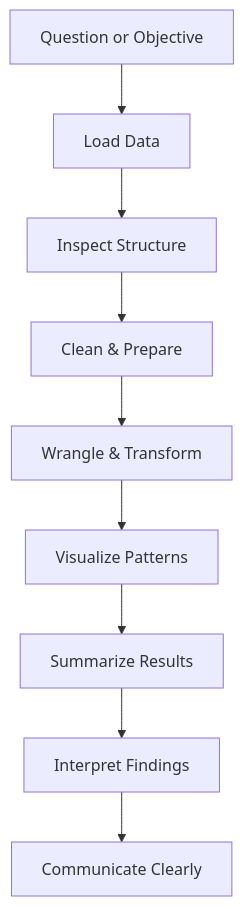
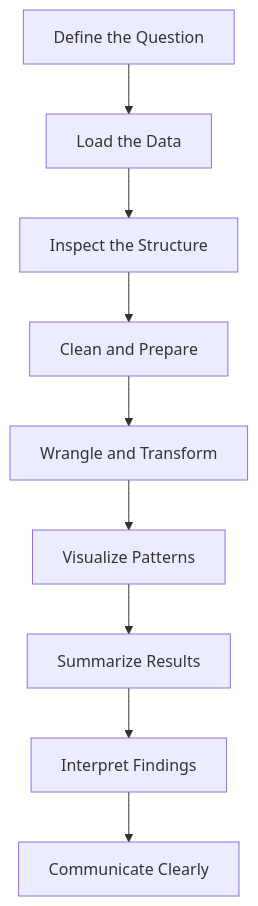
The diagram in 00-preface.qmd (tmbuza/data-science-foundations), drawn with Mermaid before and after one commit. The commit also changed other lines of this file and 8 other files, not shown here.

````diff
--- a/00-preface.qmd
+++ b/00-preface.qmd
@@ -186,11 +76,11 @@
 ```{mermaid}
 flowchart TB
-  A[Question or Objective] --> B[Load Data]
-  B --> C[Inspect Structure]
-  C --> D[Clean & Prepare]
-  D --> E[Wrangle & Transform]
+  A[Define the Question] --> B[Load the Data]
+  B --> C[Inspect the Structure]
+  C --> D[Clean and Prepare]
+  D --> E[Wrangle and Transform]
   E --> F[Visualize Patterns]
   F --> G[Summarize Results]
   G --> H[Interpret Findings]
   H --> I[Communicate Clearly]
 ```
````
